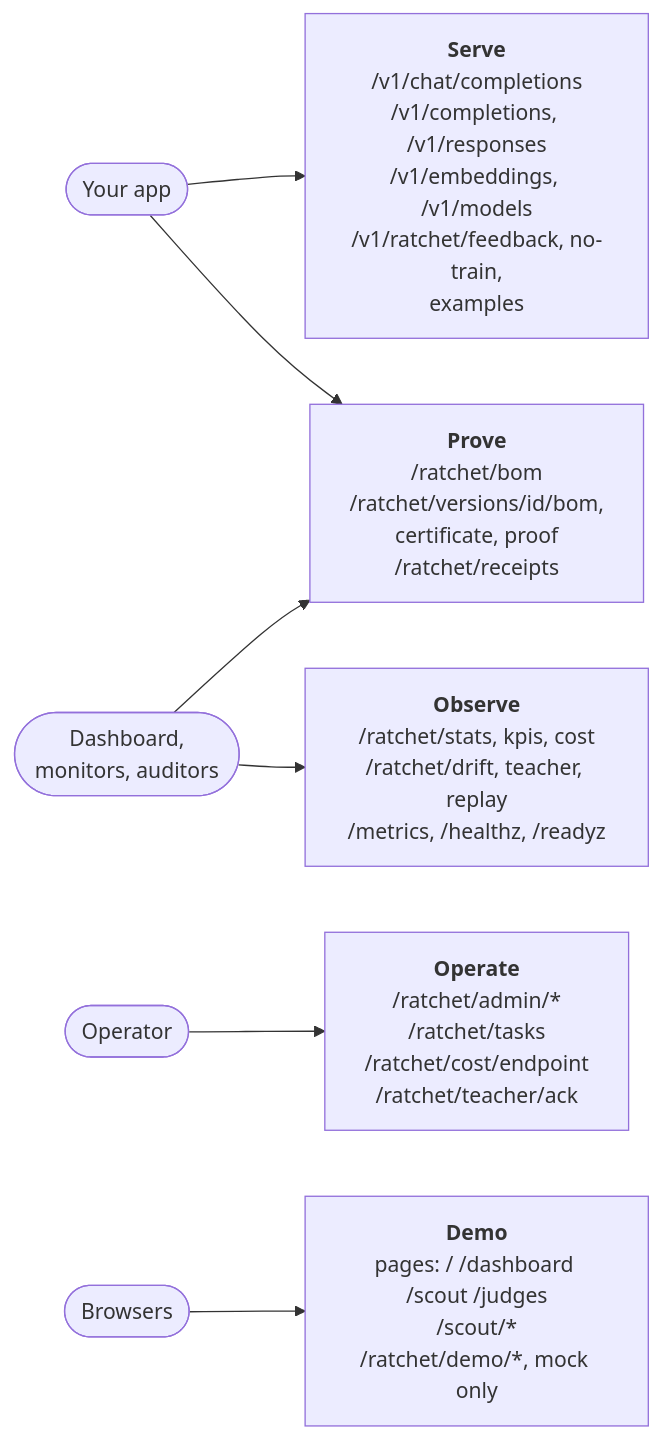
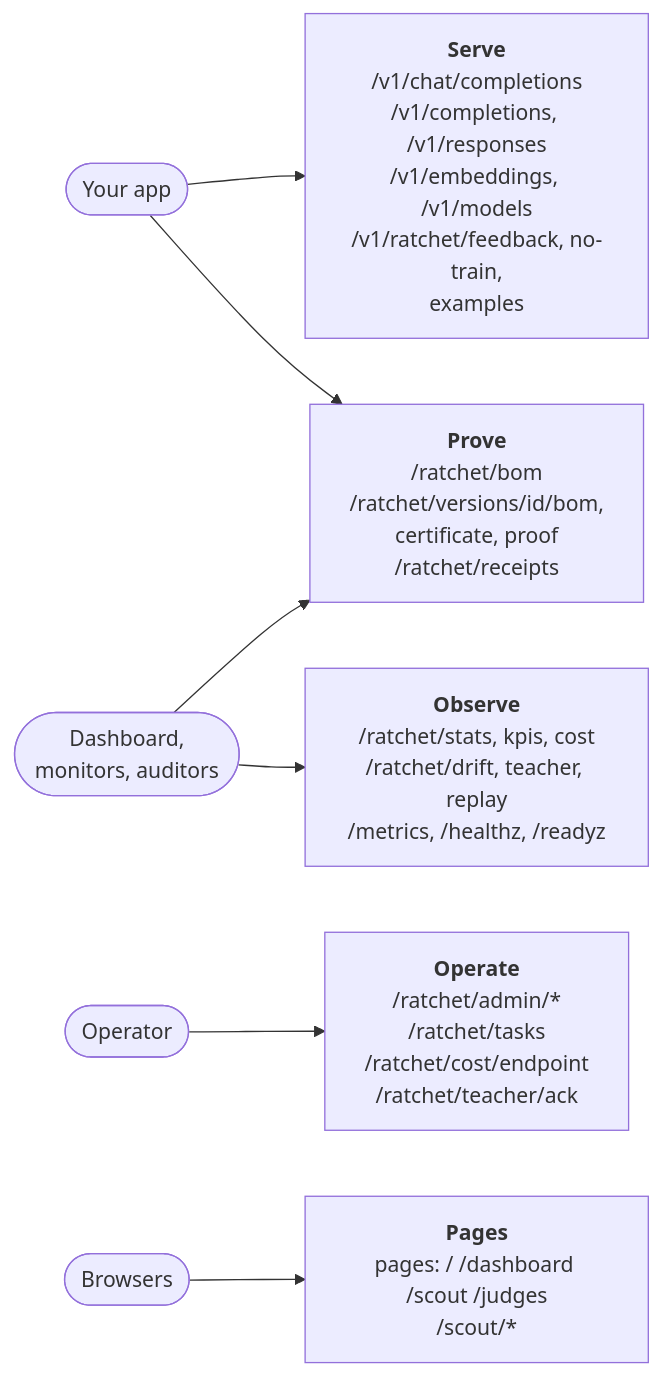
One commit to harshbhx/ratchet changed the first of 4 diagrams in docs-site/src/content/docs/api/endpoints.mdx. Above: the diagram before and after it, drawn with Mermaid. The commit also changed other lines of this file and 76 other files, not shown here.

````diff
--- a/docs-site/src/content/docs/api/endpoints.mdx
+++ b/docs-site/src/content/docs/api/endpoints.mdx
@@ -26,22 +26,22 @@
 ```mermaid
 flowchart LR
   app(["Your app"])
   watch(["Dashboard,<br/>monitors, auditors"])
   ops(["Operator"])
   web(["Browsers"])
   S["<b>Serve</b><br/>/v1/chat/completions<br/>/v1/completions, /v1/responses<br/>/v1/embeddings, /v1/models<br/>/v1/ratchet/feedback, no-train,<br/>examples"]
   P["<b>Prove</b><br/>/ratchet/bom<br/>/ratchet/versions/id/bom,<br/>certificate, proof<br/>/ratchet/receipts"]
   O["<b>Observe</b><br/>/ratchet/stats, kpis, cost<br/>/ratchet/drift, teacher, replay<br/>/metrics, /healthz, /readyz"]
   D["<b>Operate</b><br/>/ratchet/admin/*<br/>/ratchet/tasks<br/>/ratchet/cost/endpoint<br/>/ratchet/teacher/ack"]
-  E["<b>Demo</b><br/>pages: / /dashboard /scout /judges<br/>/scout/*<br/>/ratchet/demo/*, mock only"]
+  E["<b>Pages</b><br/>pages: / /dashboard /scout /judges<br/>/scout/*"]
   app --> S
   app --> P
   watch --> O
   watch --> P
   ops --> D
   web --> E
 
   class S student
   class D gate
   class E outline
 ```
````
